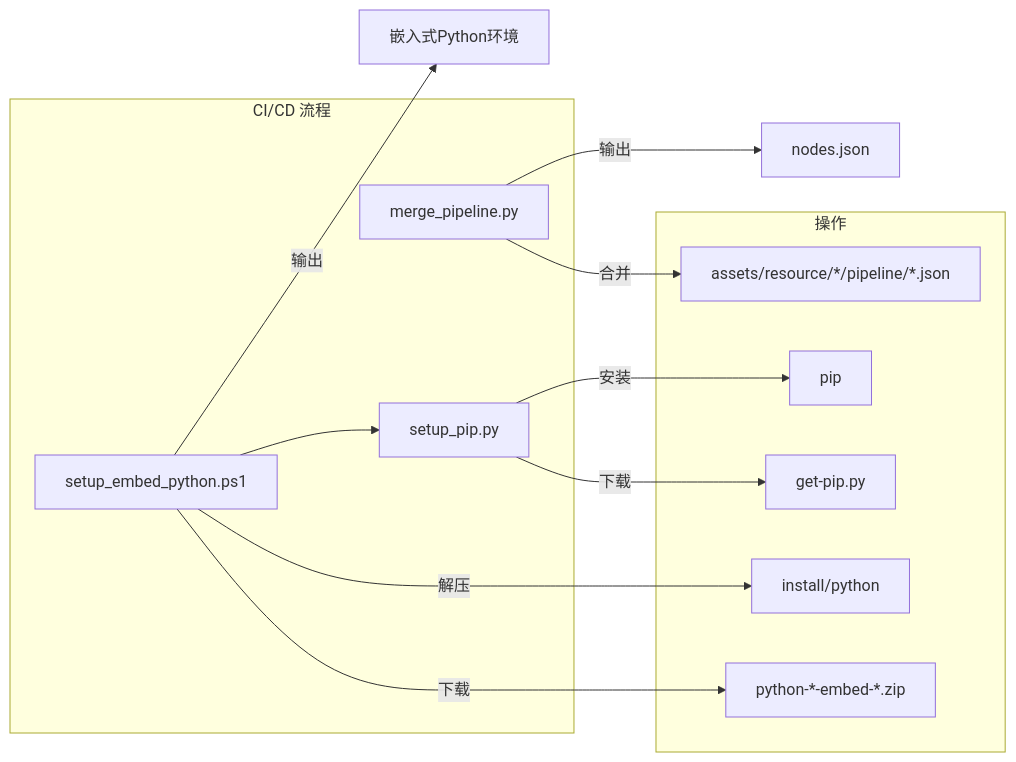
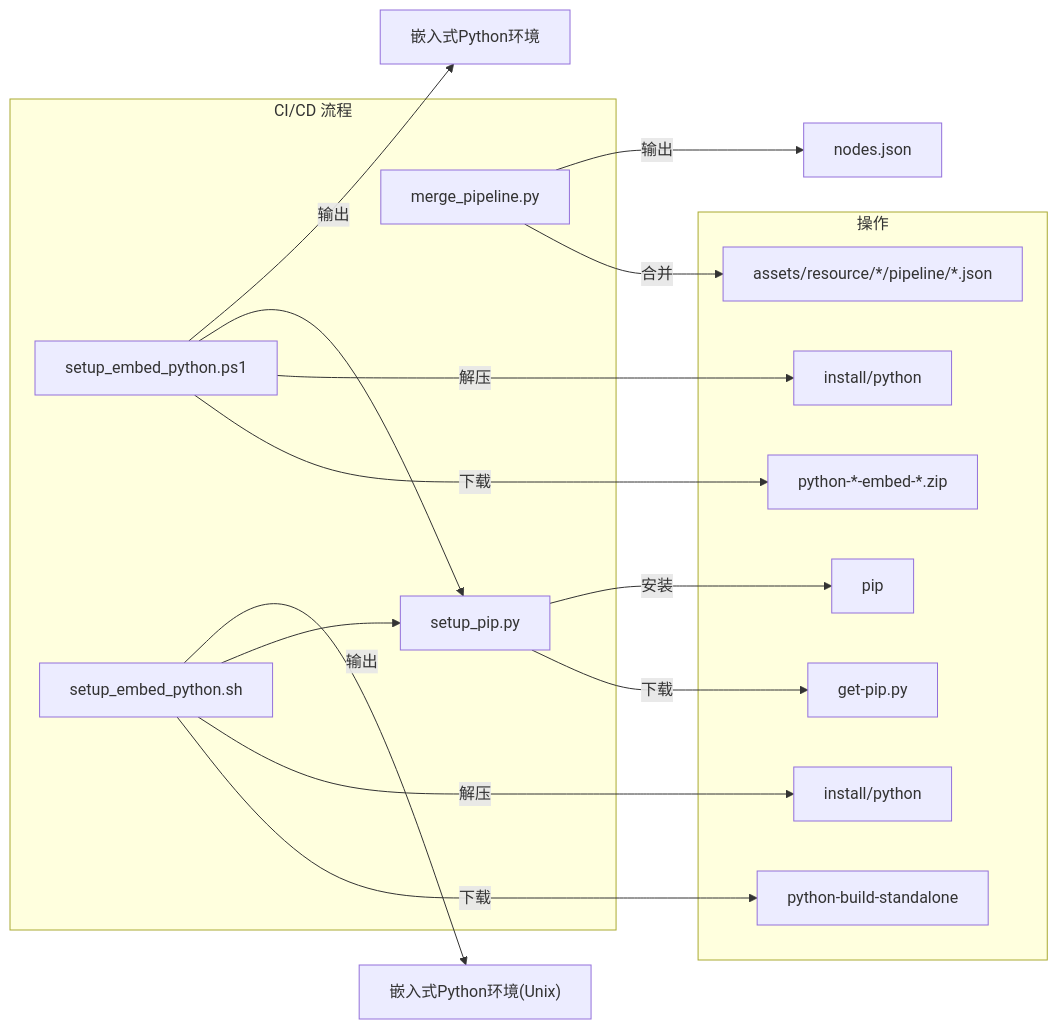
One commit to kqcoxn/MaaDuDuL changed the sixth of 7 diagrams in .qoder/repowiki/zh/content/开发者指南/构建与部署.md. Above: the diagram before and after it, drawn with Mermaid. The commit also changed other lines of this file and 12 other files, not shown here.

````diff
--- a/.qoder/repowiki/zh/content/开发者指南/构建与部署.md
+++ b/.qoder/repowiki/zh/content/开发者指南/构建与部署.md
@@ -243,18 +250,23 @@
 ```mermaid
 flowchart LR
 subgraph "CI/CD 流程"
 Merge[merge_pipeline.py]
-SetupPython[setup_embed_python.ps1]
+SetupPythonPS[setup_embed_python.ps1]
+SetupPythonSH[setup_embed_python.sh]
 SetupPip[setup_pip.py]
 end
 subgraph "操作"
 Merge --> |合并| PipelineFiles["assets/resource/*/pipeline/*.json"]
-SetupPython --> |下载| PythonZip["python-*-embed-*.zip"]
-SetupPython --> |解压| PythonDir["install/python"]
-SetupPython --> SetupPip
+SetupPythonPS --> |下载| PythonZip["python-*-embed-*.zip"]
+SetupPythonPS --> |解压| PythonDir["install/python"]
+SetupPythonPS --> SetupPip
+SetupPythonSH --> |下载| PythonStandalone["python-build-standalone"]
+SetupPythonSH --> |解压| PythonDir2["install/python"]
+SetupPythonSH --> SetupPip
 SetupPip --> |下载| GetPip["get-pip.py"]
 SetupPip --> |安装| Pip["pip"]
 end
 Merge --> |输出| NodesJson["nodes.json"]
-SetupPython --> |输出| EmbeddedPython["嵌入式Python环境"]
+SetupPythonPS --> |输出| EmbeddedPython["嵌入式Python环境"]
+SetupPythonSH --> |输出| EmbeddedPython2["嵌入式Python环境(Unix)"]
 ```
````
